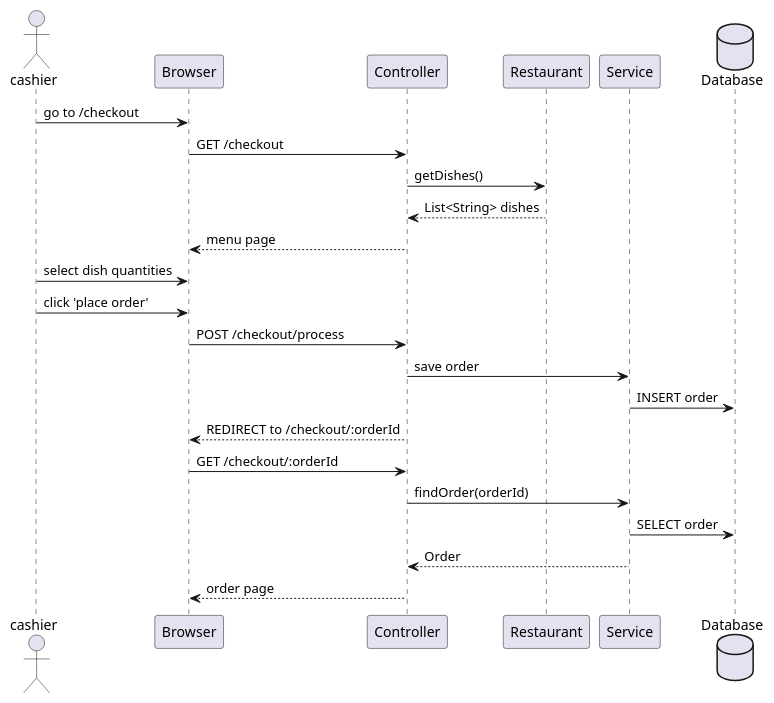
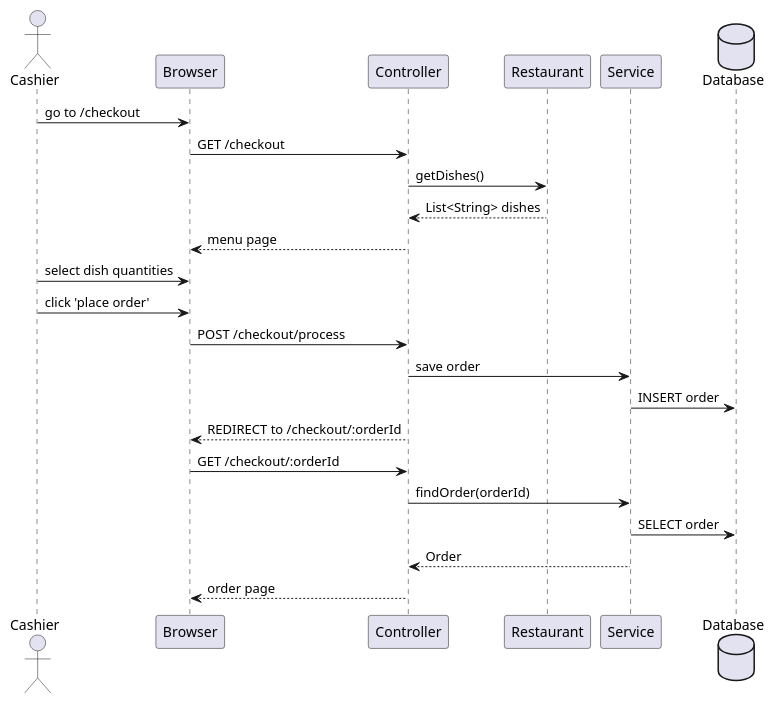
The diagram in docs/flow.puml (michelgrootjans/buildIT2022), drawn with PlantUML before and after one commit. The commit also changed 3 other files, not shown here.

```diff
--- a/docs/flow.puml
+++ b/docs/flow.puml
@@ -1,27 +1,27 @@
 @startuml
 'https://plantuml.com/sequence-diagram
-actor cashier
+actor Cashier
 participant Browser
 participant Controller
 participant Restaurant
 participant Service
 database Database
 
-cashier -> Browser: go to /checkout
+Cashier -> Browser: go to /checkout
 Browser -> Controller: GET /checkout
 Controller -> Restaurant: getDishes()
 Controller <-- Restaurant: List<String> dishes
 Browser <-- Controller: menu page
 
-cashier -> Browser: select dish quantities
-cashier -> Browser: click 'place order'
+Cashier -> Browser: select dish quantities
+Cashier -> Browser: click 'place order'
 Browser -> Controller: POST /checkout/process
 Controller -> Service: save order
 Service -> Database: INSERT order
 Browser <-- Controller: REDIRECT to /checkout/:orderId
 Browser -> Controller: GET /checkout/:orderId
 Controller -> Service: findOrder(orderId)
 Service -> Database: SELECT order
 Controller <-- Service: Order
 Browser <-- Controller: order page
 @enduml
```
